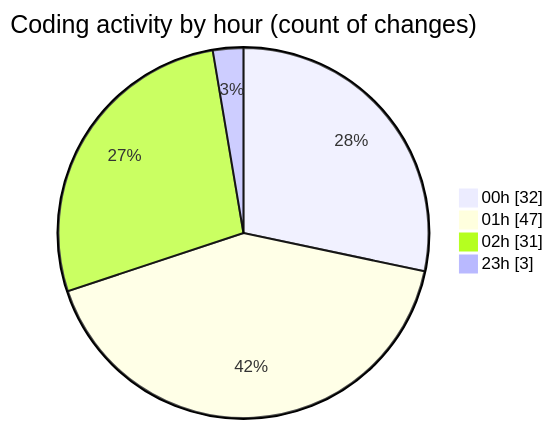
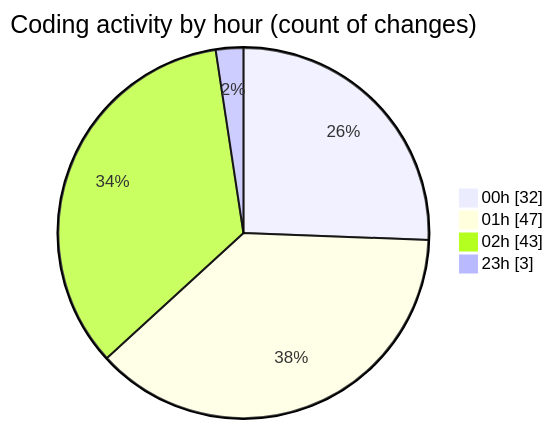
The second of 2 diagrams in 2025-07-28/quanlyrapchieuphim-1/README.md (lephambinh05/code-tracking), drawn with Mermaid before and after one commit. The commit also changed other lines of this file and 1 other file, not shown here.

````diff
--- a/2025-07-28/quanlyrapchieuphim-1/README.md
+++ b/2025-07-28/quanlyrapchieuphim-1/README.md
@@ -48,8 +48,8 @@
 ```mermaid
 pie showData
 title Coding activity by hour (count of changes)
 "00h" : 32
 "01h" : 47
-"02h" : 31
+"02h" : 43
 "23h" : 3
 ```
````
